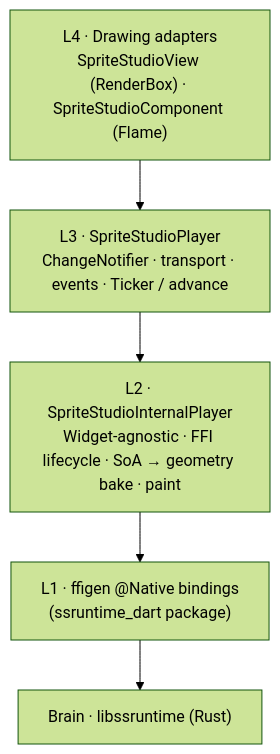
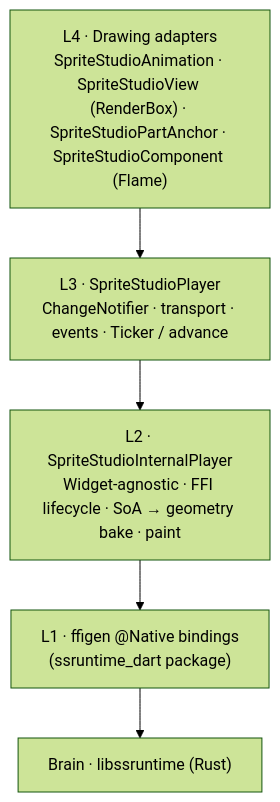
Before and after one commit to cri-middleware/SSPlayerForFlutter: the diagram in docs/en/contributing/architecture.md, drawn with Mermaid (forest theme). The commit also changed other lines of this file and 3 other files, not shown here.

````diff
--- a/docs/en/contributing/architecture.md
+++ b/docs/en/contributing/architecture.md
@@ -12,9 +12,9 @@
 ```mermaid
 flowchart TD
-    L4["L4 · Drawing adapters<br/>SpriteStudioView (RenderBox) · SpriteStudioComponent (Flame)"]
+    L4["L4 · Drawing adapters<br/>SpriteStudioAnimation · SpriteStudioView (RenderBox) · SpriteStudioPartAnchor · SpriteStudioComponent (Flame)"]
     L3["L3 · SpriteStudioPlayer<br/>ChangeNotifier · transport · events · Ticker / advance"]
     L2["L2 · SpriteStudioInternalPlayer<br/>Widget-agnostic · FFI lifecycle · SoA → geometry bake · paint"]
     L1["L1 · ffigen @Native bindings<br/>(ssruntime_dart package)"]
     Brain["Brain · libssruntime (Rust)"]
     L4 --> L3 --> L2 --> L1 --> Brain
 ```
````
